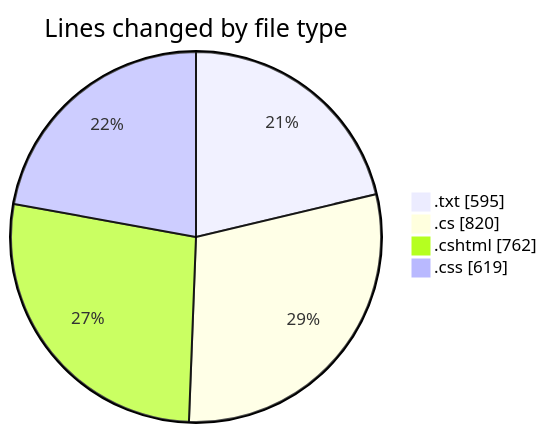
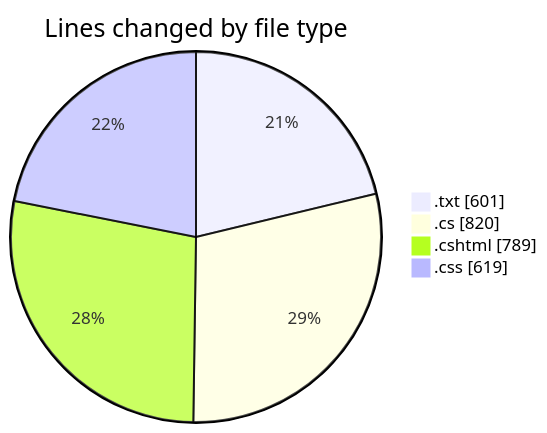
The first of 2 diagrams in 2025-07-26/quanlyrapchieuphim-1/README.md (lephambinh05/code-tracking), drawn with Mermaid before and after one commit. The commit also changed other lines of this file and 1 other file, not shown here.

````diff
--- a/2025-07-26/quanlyrapchieuphim-1/README.md
+++ b/2025-07-26/quanlyrapchieuphim-1/README.md
@@ -27,8 +27,8 @@
 ```mermaid
 pie showData
 title Lines changed by file type
-".txt" : 595
+".txt" : 601
 ".cs" : 820
-".cshtml" : 762
+".cshtml" : 789
 ".css" : 619
 ```
````
